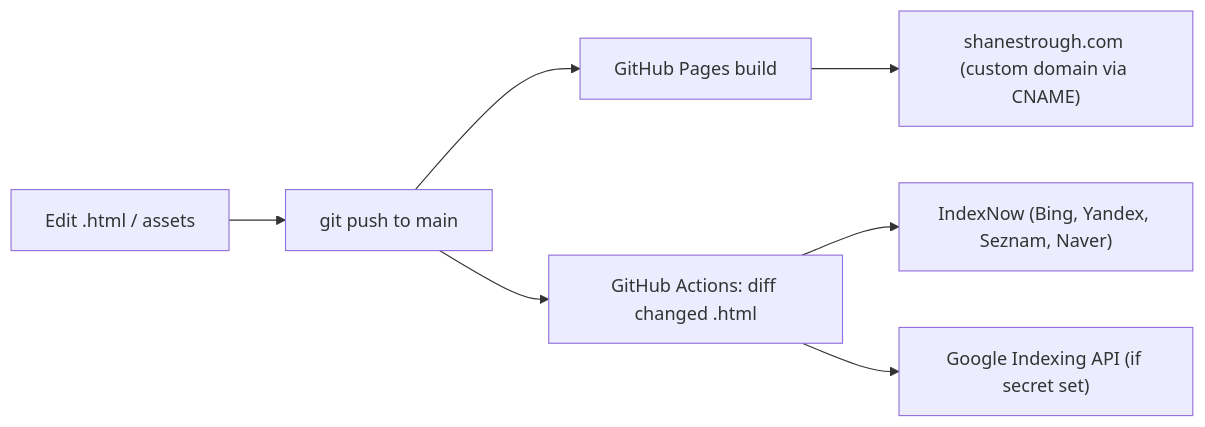
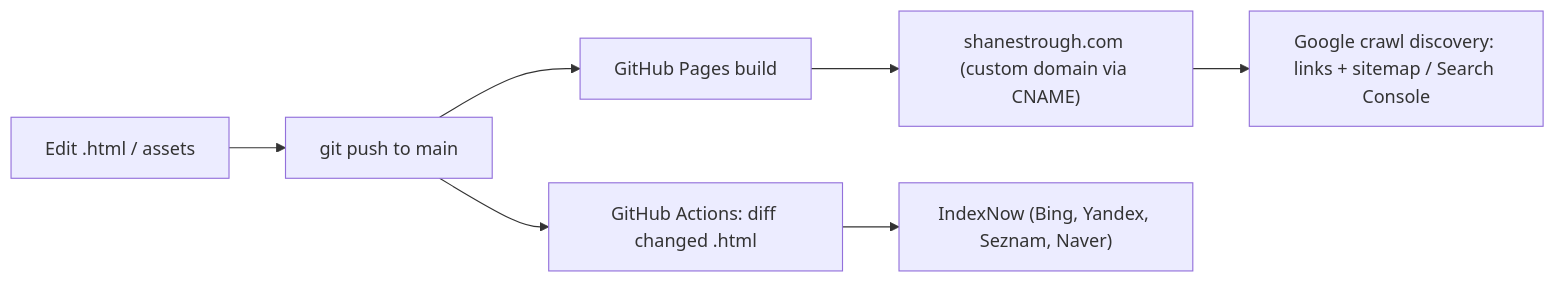
The diagram in README.md (shane-thomas-strough/shane-thomas-strough.github.io), drawn with Mermaid before and after one commit. The commit also changed other lines of this file and 8 other files, not shown here.

Commit message:
fix(discovery): retire generic Google indexing and reconcile publication architecture

````diff
--- a/README.md
+++ b/README.md
@@ -32,9 +32,9 @@
 ```mermaid
 flowchart LR
     Edit["Edit .html / assets"] --> Push["git push to main"]
     Push --> Pages["GitHub Pages build"]
     Pages --> Live["shanestrough.com (custom domain via CNAME)"]
     Push --> GHA["GitHub Actions: diff changed .html"]
     GHA --> IndexNow["IndexNow (Bing, Yandex, Seznam, Naver)"]
-    GHA --> Google["Google Indexing API (if secret set)"]
+    Live --> Google["Google crawl discovery: links + sitemap / Search Console"]
 ```
````
